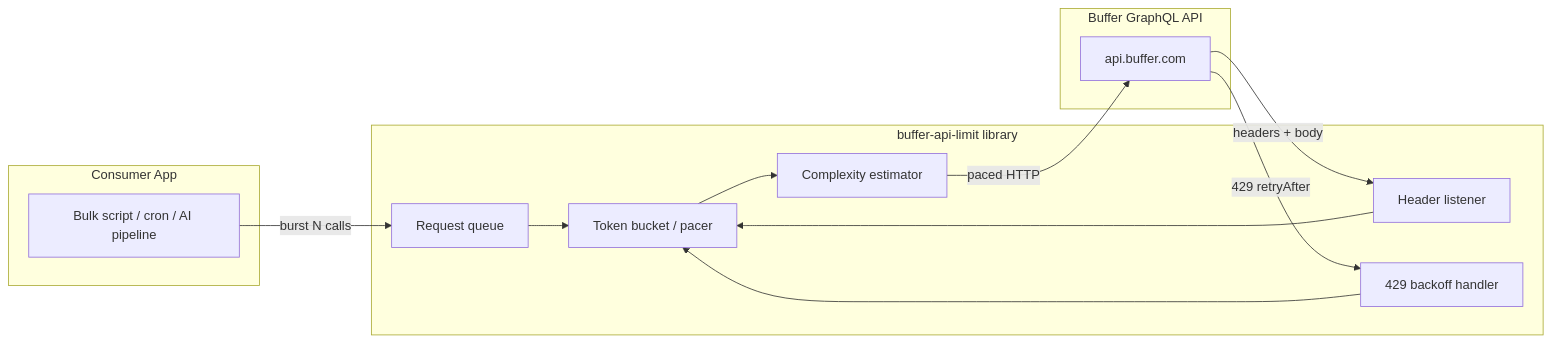
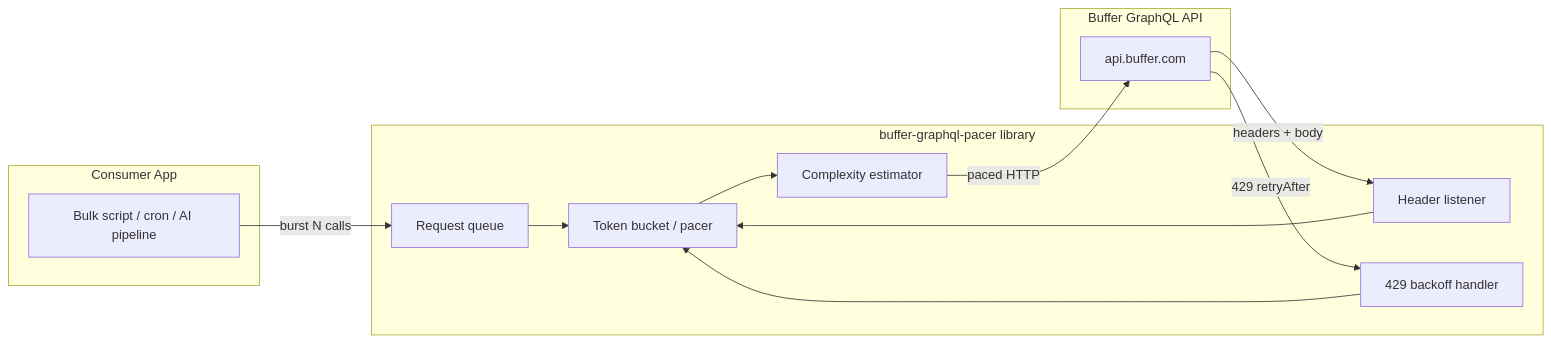
Before and after one commit to chauhannishith/buffer-graphql-pacer: the first of 2 diagrams in docs/IMPLEMENTATION_PLAN.md, drawn with Mermaid. The commit also changed other lines of this file and 3 other files, not shown here.

Commit message:
chore: align repo URLs and docs with buffer-graphql-pacer rename

````diff
--- a/docs/IMPLEMENTATION_PLAN.md
+++ b/docs/IMPLEMENTATION_PLAN.md
@@ -70,27 +70,27 @@
 ```mermaid
 flowchart LR
   subgraph app [Consumer App]
     Script[Bulk script / cron / AI pipeline]
   end
 
-  subgraph lib [buffer-api-limit library]
+  subgraph lib [buffer-graphql-pacer library]
     Q[Request queue]
     TB[Token bucket / pacer]
     HL[Header listener]
     CE[Complexity estimator]
     RB[429 backoff handler]
   end
 
   subgraph buffer [Buffer GraphQL API]
     API[api.buffer.com]
   end
 
   Script -->|burst N calls| Q
   Q --> TB
   TB --> CE
   CE -->|paced HTTP| API
   API -->|headers + body| HL
   HL --> TB
   API -->|429 retryAfter| RB
   RB --> TB
 ```
````
